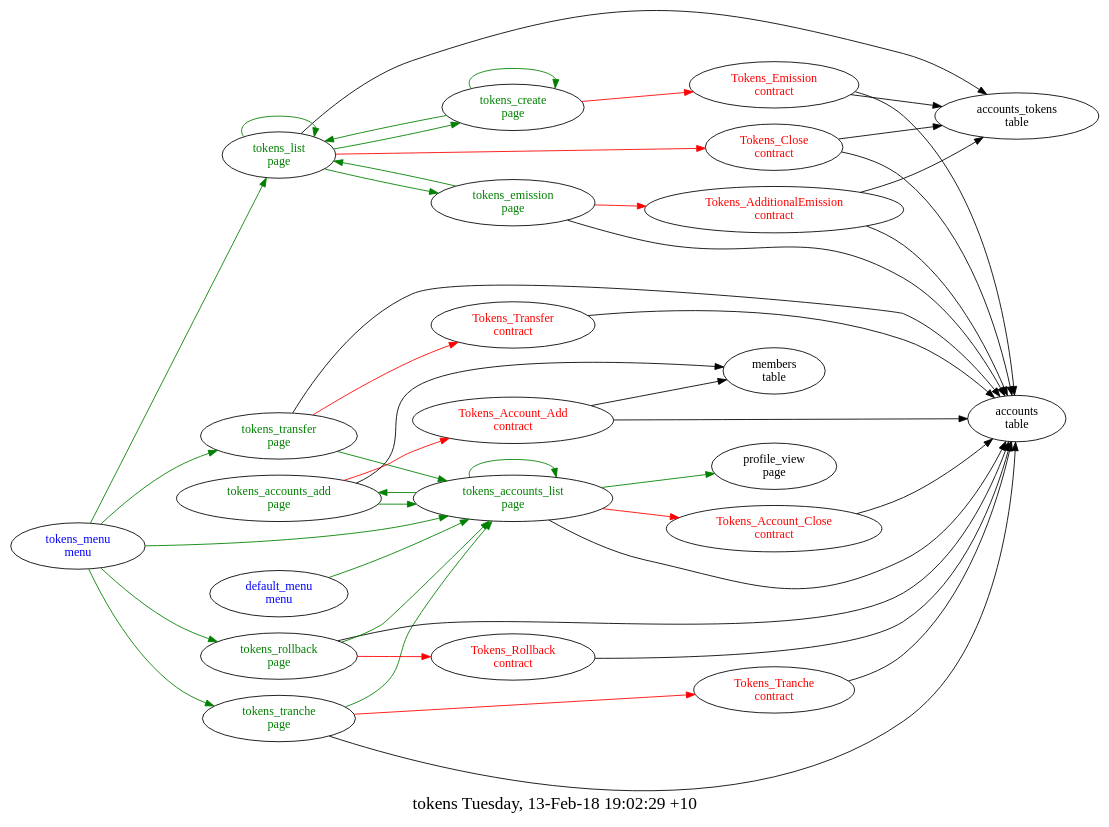
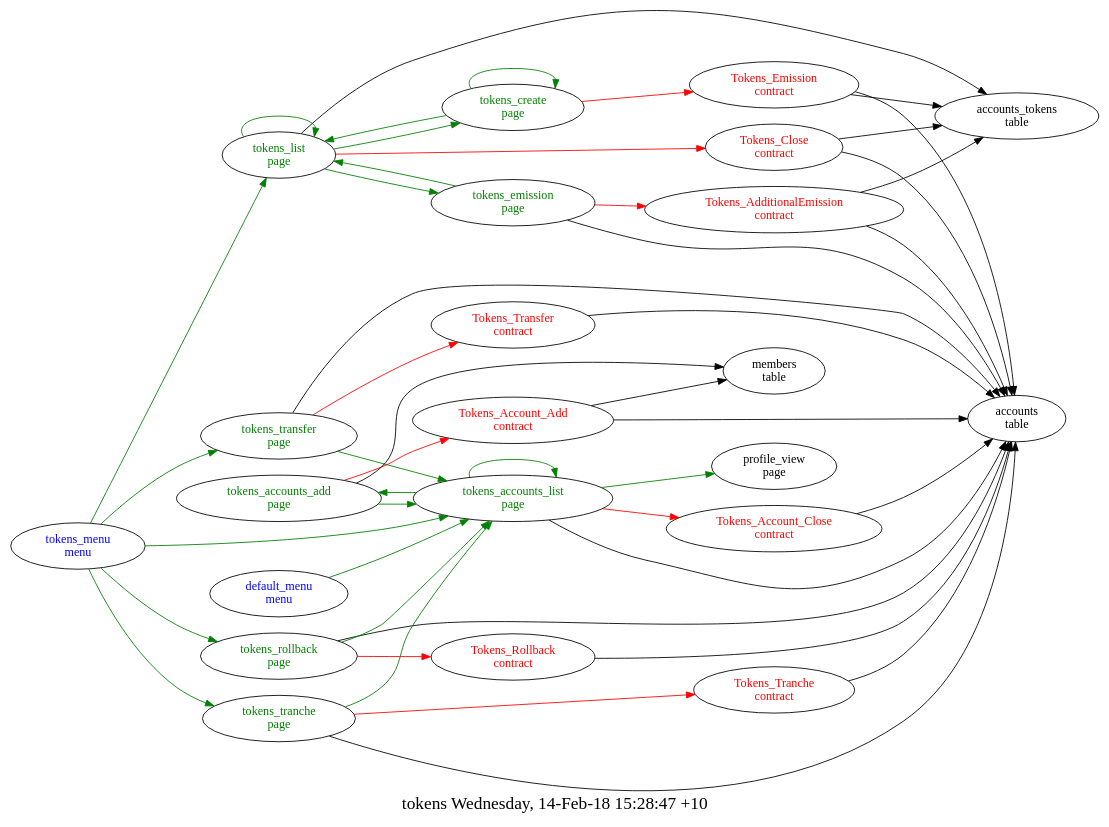
One commit to AplaProject/apps changed the diagram in src/tokens/struct.dot. Above: the diagram before and after it, drawn with Graphviz. The commit also changed 20 other files, not shown here.

```diff
--- a/src/tokens/struct.dot
+++ b/src/tokens/struct.dot
@@ -1,69 +1,69 @@
 digraph G {
 fontsize="20.0";
-label="tokens Tuesday, 13-Feb-18 19:02:29 +10";
+label="tokens Wednesday, 14-Feb-18 15:28:47 +10";
 rankdir=LR;
 "Tokens_Account_Add\ncontract" -> "members\ntable"
 "Tokens_Account_Add\ncontract" -> "accounts\ntable"
 "Tokens_Account_Add\ncontract" [fontcolor=red, group=contracts];
 "Tokens_Account_Close\ncontract" -> "accounts\ntable"
 "Tokens_Account_Close\ncontract" [fontcolor=red, group=contracts];
 "Tokens_AdditionalEmission\ncontract" -> "accounts_tokens\ntable"
 "Tokens_AdditionalEmission\ncontract" -> "accounts\ntable"
 "Tokens_AdditionalEmission\ncontract" [fontcolor=red, group=contracts];
 "Tokens_Close\ncontract" -> "accounts\ntable"
 "Tokens_Close\ncontract" -> "accounts_tokens\ntable"
 "Tokens_Close\ncontract" [fontcolor=red, group=contracts];
 "Tokens_Emission\ncontract" -> "accounts_tokens\ntable"
 "Tokens_Emission\ncontract" -> "accounts\ntable"
 "Tokens_Emission\ncontract" [fontcolor=red, group=contracts];
 "Tokens_Rollback\ncontract" -> "accounts\ntable"
 "Tokens_Rollback\ncontract" [fontcolor=red, group=contracts];
 "Tokens_Tranche\ncontract" -> "accounts\ntable"
 "Tokens_Tranche\ncontract" [fontcolor=red, group=contracts];
 "Tokens_Transfer\ncontract" -> "accounts\ntable"
 "Tokens_Transfer\ncontract" [fontcolor=red, group=contracts];
 "default_menu\nmenu" -> "tokens_accounts_list\npage"  [ color=green ]
 "default_menu\nmenu" [fontcolor=blue, group=menus];
 "tokens_menu\nmenu" -> "tokens_accounts_list\npage"  [ color=green ]
 "tokens_menu\nmenu" -> "tokens_list\npage"  [ color=green ]
 "tokens_menu\nmenu" -> "tokens_tranche\npage"  [ color=green ]
 "tokens_menu\nmenu" -> "tokens_transfer\npage"  [ color=green ]
 "tokens_menu\nmenu" -> "tokens_rollback\npage"  [ color=green ]
 "tokens_menu\nmenu" [fontcolor=blue, group=menus];
 "tokens_accounts_add\npage" -> "Tokens_Account_Add\ncontract"  [ color=red ]
 "tokens_accounts_add\npage" -> "members\ntable"
 "tokens_accounts_add\npage" -> "tokens_accounts_list\npage"  [ color=green ]
 "tokens_accounts_add\npage" [fontcolor=green, group=pages];
 "tokens_accounts_list\npage" -> "Tokens_Account_Close\ncontract"  [ color=red ]
 "tokens_accounts_list\npage" -> "accounts\ntable"
 "tokens_accounts_list\npage" -> "profile_view\npage"  [ color=green ]
 "tokens_accounts_list\npage" -> "tokens_accounts_list\npage"  [ color=green ]
 "tokens_accounts_list\npage" -> "tokens_accounts_add\npage"  [ color=green ]
 "tokens_accounts_list\npage" [fontcolor=green, group=pages];
 "tokens_create\npage" -> "Tokens_Emission\ncontract"  [ color=red ]
 "tokens_create\npage" -> "tokens_create\npage"  [ color=green ]
 "tokens_create\npage" -> "tokens_list\npage"  [ color=green ]
 "tokens_create\npage" [fontcolor=green, group=pages];
 "tokens_emission\npage" -> "Tokens_AdditionalEmission\ncontract"  [ color=red ]
 "tokens_emission\npage" -> "accounts\ntable"
 "tokens_emission\npage" -> "tokens_list\npage"  [ color=green ]
 "tokens_emission\npage" [fontcolor=green, group=pages];
 "tokens_list\npage" -> "Tokens_Close\ncontract"  [ color=red ]
 "tokens_list\npage" -> "accounts_tokens\ntable"
 "tokens_list\npage" -> "tokens_emission\npage"  [ color=green ]
 "tokens_list\npage" -> "tokens_list\npage"  [ color=green ]
 "tokens_list\npage" -> "tokens_create\npage"  [ color=green ]
 "tokens_list\npage" [fontcolor=green, group=pages];
 "tokens_rollback\npage" -> "Tokens_Rollback\ncontract"  [ color=red ]
 "tokens_rollback\npage" -> "accounts\ntable"
 "tokens_rollback\npage" -> "tokens_accounts_list\npage"  [ color=green ]
 "tokens_rollback\npage" [fontcolor=green, group=pages];
 "tokens_tranche\npage" -> "Tokens_Tranche\ncontract"  [ color=red ]
 "tokens_tranche\npage" -> "accounts\ntable"
 "tokens_tranche\npage" -> "tokens_accounts_list\npage"  [ color=green ]
 "tokens_tranche\npage" [fontcolor=green, group=pages];
 "tokens_transfer\npage" -> "Tokens_Transfer\ncontract"  [ color=red ]
 "tokens_transfer\npage" -> "accounts\ntable"
 "tokens_transfer\npage" -> "tokens_accounts_list\npage"  [ color=green ]
 "tokens_transfer\npage" [fontcolor=green, group=pages];
 }
```
